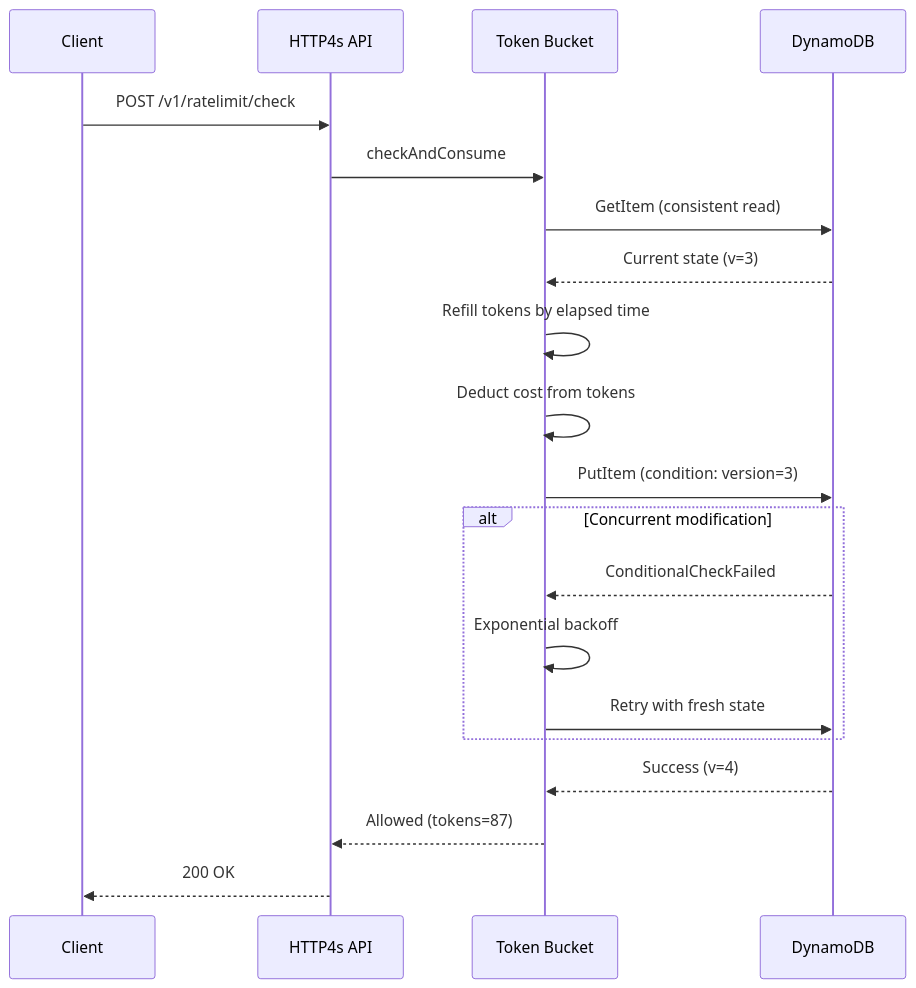
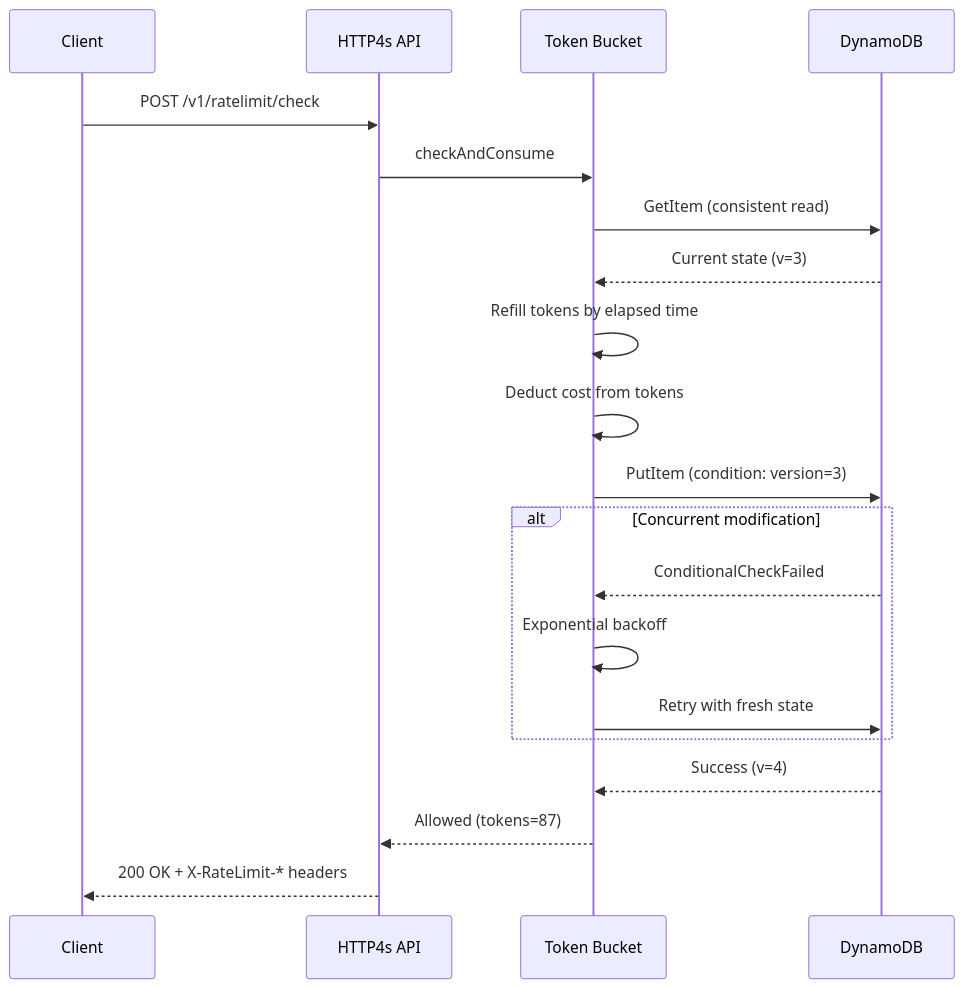
Before and after one commit to saintparish4/keyra: the second of 2 diagrams in README.md, drawn with Mermaid. The commit also changed other lines of this file, not shown here.

````diff
--- a/README.md
+++ b/README.md
@@ -65,23 +80,23 @@
 ```mermaid
 sequenceDiagram
     participant C as Client
     participant API as HTTP4s API
     participant TB as Token Bucket
     participant DB as DynamoDB
 
     C->>API: POST /v1/ratelimit/check
     API->>TB: checkAndConsume
     TB->>DB: GetItem (consistent read)
     DB-->>TB: Current state (v=3)
     TB->>TB: Refill tokens by elapsed time
     TB->>TB: Deduct cost from tokens
     TB->>DB: PutItem (condition: version=3)
     alt Concurrent modification
         DB-->>TB: ConditionalCheckFailed
         TB->>TB: Exponential backoff
         TB->>DB: Retry with fresh state
     end
     DB-->>TB: Success (v=4)
     TB-->>API: Allowed (tokens=87)
-    API-->>C: 200 OK
+    API-->>C: 200 OK + X-RateLimit-* headers
 ```
````
